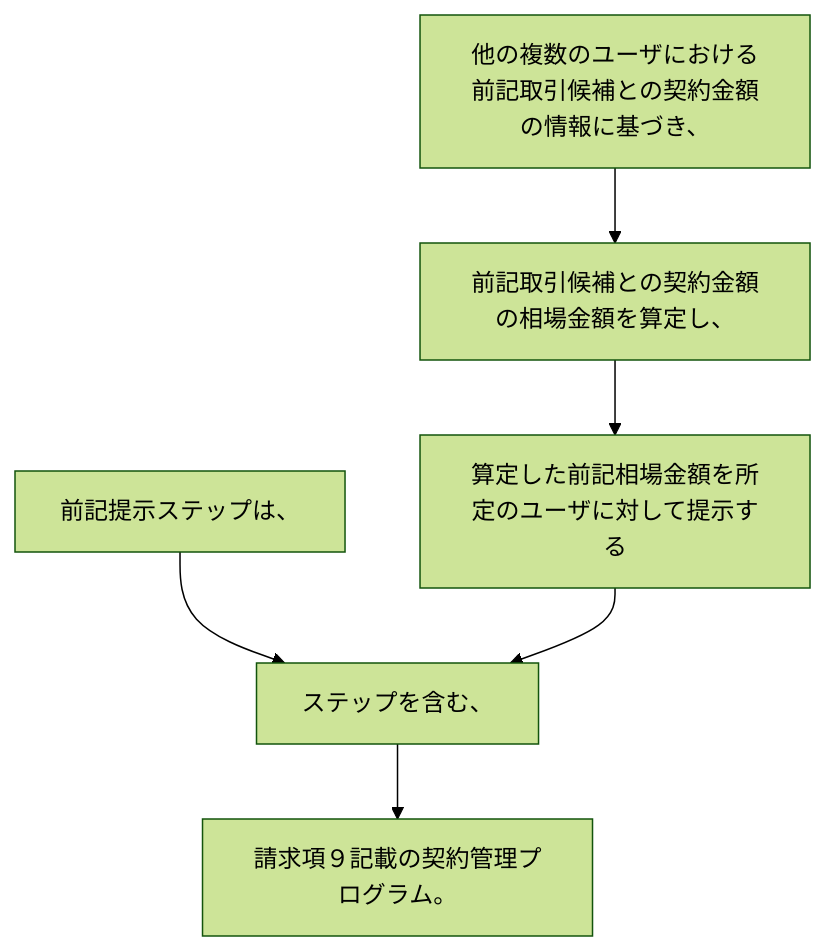
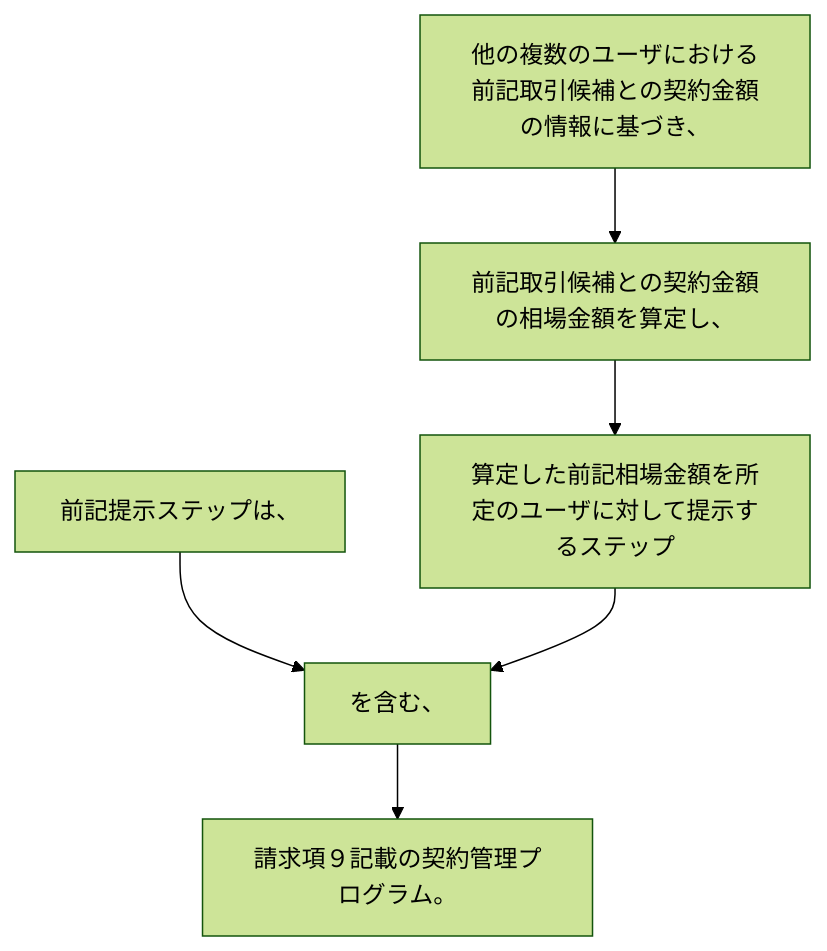
One commit to shinmori55/patent_analyzed changed the diagram in 2024/JP2024014095A/claim_14/README.md. Above: the diagram before and after it, drawn with Mermaid (forest theme). The commit also changed 336 other files, not shown here.

````diff
--- a/2024/JP2024014095A/claim_14/README.md
+++ b/2024/JP2024014095A/claim_14/README.md
@@ -3,14 +3,14 @@
 ```mermaid
 flowchart TD
 A[前記提示ステップは、]
 B[他の複数のユーザにおける前記取引候補との契約金額の情報に基づき、]
 C[前記取引候補との契約金額の相場金額を算定し、]
-D[算定した前記相場金額を所定のユーザに対して提示する]
-E[ステップを含む、]
+D[算定した前記相場金額を所定のユーザに対して提示するステップ]
+E[を含む、]
 F[請求項９記載の契約管理プログラム。]
 A --> E
 B --> C
 C --> D
 D --> E
 E --> F
 ```
````
